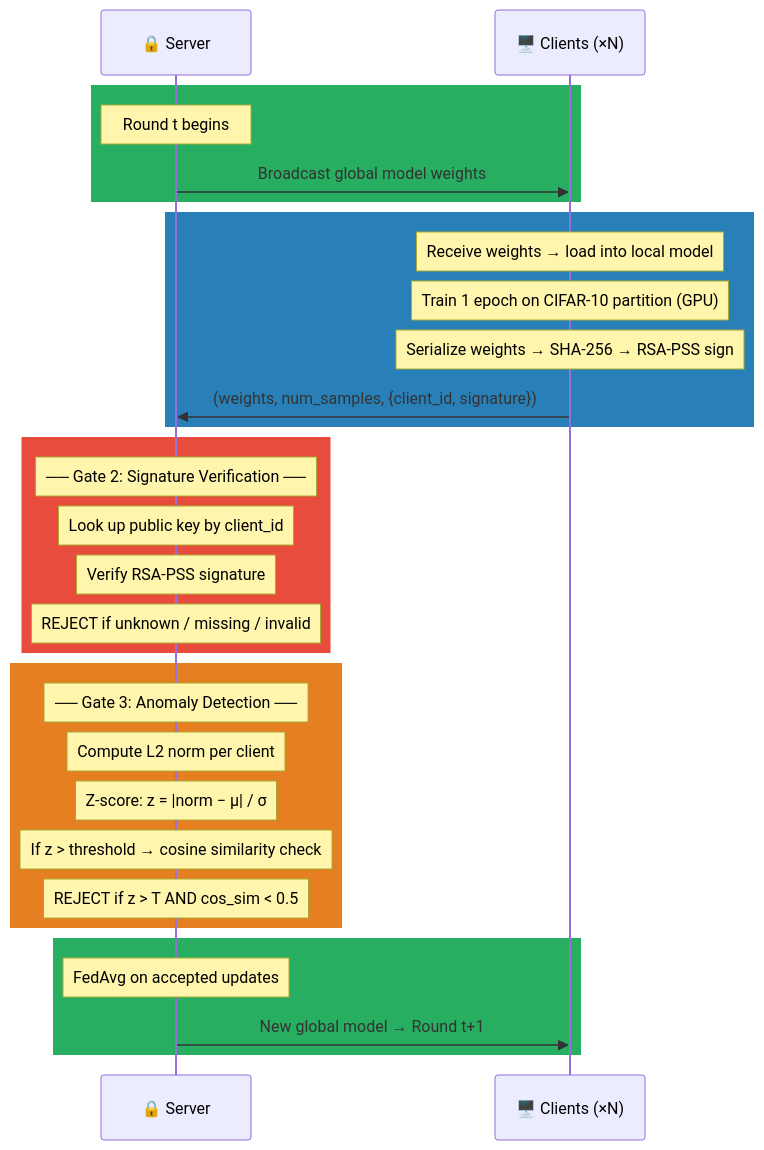
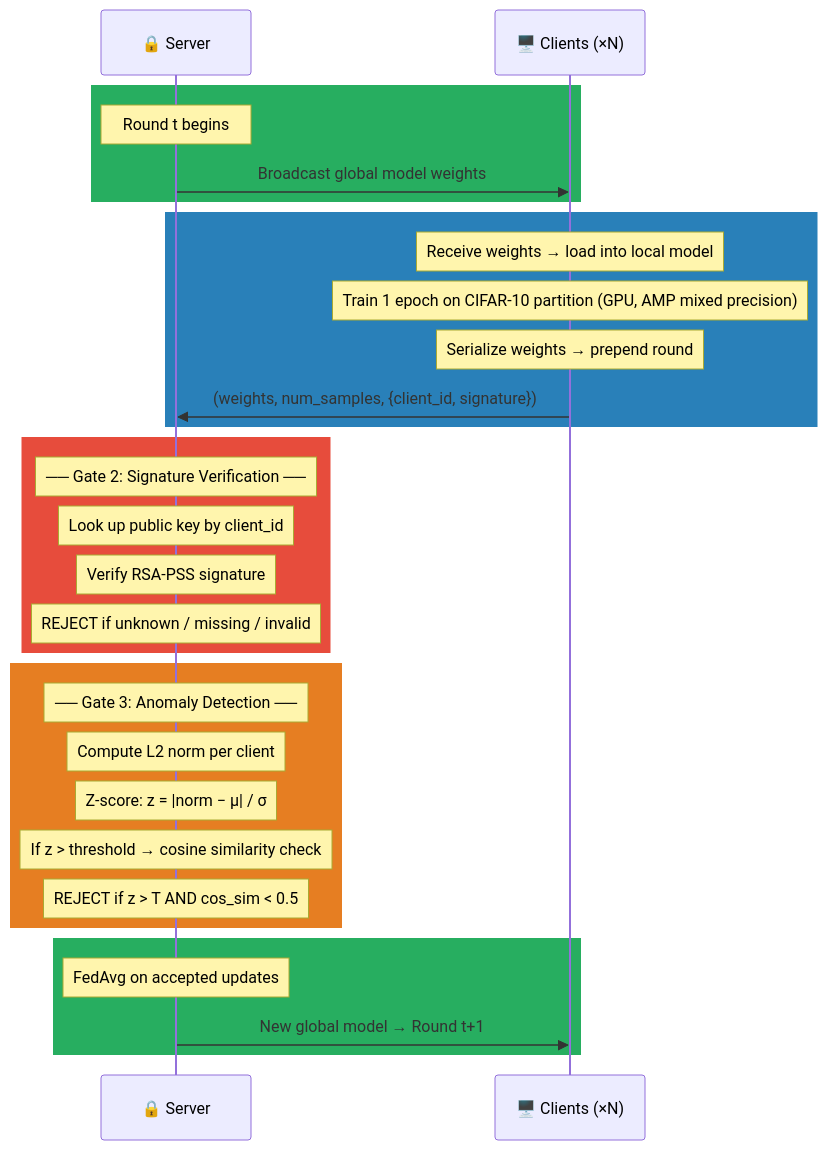
The fourth of 11 diagrams in ARCHITECTURE.md (Zocke07/ZT-Pipeline), drawn with Mermaid before and after one commit. The commit also changed other lines of this file and 17 other files, not shown here.

````diff
--- a/ARCHITECTURE.md
+++ b/ARCHITECTURE.md
@@ -134,37 +224,37 @@
 ```mermaid
 sequenceDiagram
     participant S as 🔒 Server
     participant C as 🖥️ Clients (×N)
 
     rect rgb(39, 174, 96)
         Note over S: Round t begins
         S->>C: Broadcast global model weights
     end
 
     rect rgb(41, 128, 185)
         Note over C: Receive weights → load into local model
-        Note over C: Train 1 epoch on CIFAR-10 partition (GPU)
-        Note over C: Serialize weights → SHA-256 → RSA-PSS sign
+        Note over C: Train 1 epoch on CIFAR-10 partition (GPU, AMP mixed precision)
+        Note over C: Serialize weights → prepend round# → SHA-256 → RSA-PSS sign
         C->>S: (weights, num_samples, {client_id, signature})
     end
 
     rect rgb(231, 76, 60)
         Note over S: ── Gate 2: Signature Verification ──
         Note over S: Look up public key by client_id
         Note over S: Verify RSA-PSS signature
         Note over S: REJECT if unknown / missing / invalid
     end
 
     rect rgb(230, 126, 34)
         Note over S: ── Gate 3: Anomaly Detection ──
         Note over S: Compute L2 norm per client
         Note over S: Z-score: z = |norm − μ| / σ
         Note over S: If z > threshold → cosine similarity check
         Note over S: REJECT if z > T AND cos_sim < 0.5
     end
 
     rect rgb(39, 174, 96)
         Note over S: FedAvg on accepted updates
         S->>C: New global model → Round t+1
     end
 ```
````
